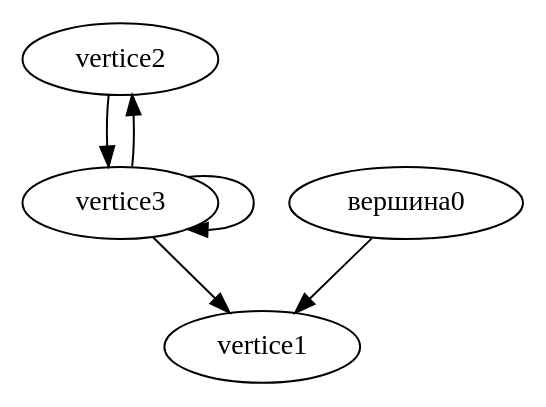
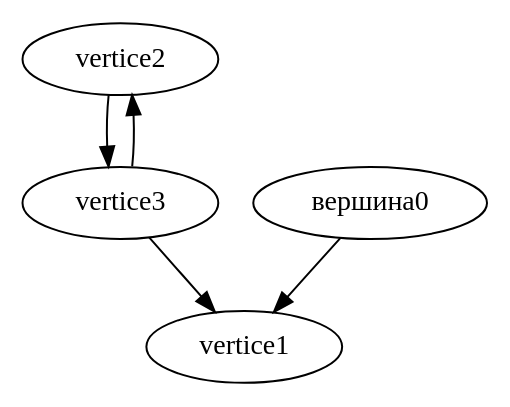
Before and after one commit to 0x-ff/learning-artifacts: the diagram in golang/graph/res.dot, drawn with Graphviz. The commit also changed 10 other files, not shown here.

Commit message:
golang: add incident matrix graph

```diff
--- a/golang/graph/res.dot
+++ b/golang/graph/res.dot
@@ -1,7 +1,6 @@
 digraph G {
 vertice2 -> vertice3;
+vertice3 -> vertice2;
 vertice3 -> vertice1;
-vertice3 -> vertice2;
-vertice3 -> vertice3;
 вершина0 -> vertice1;
 }
```
